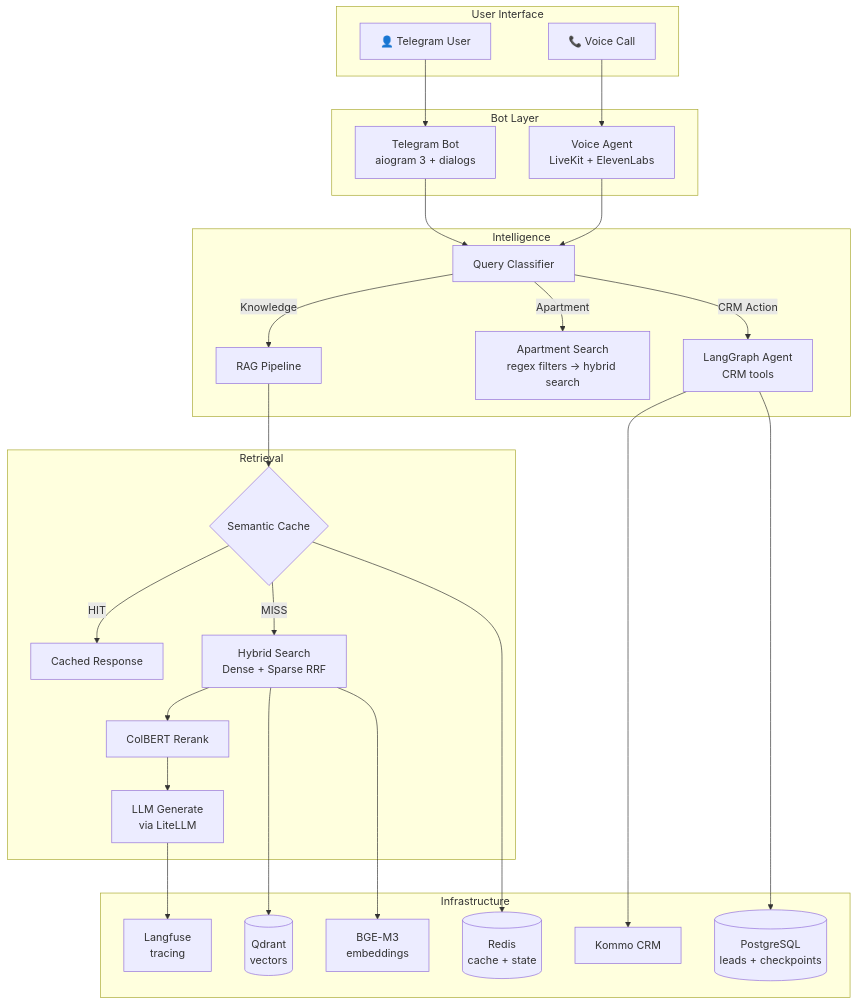
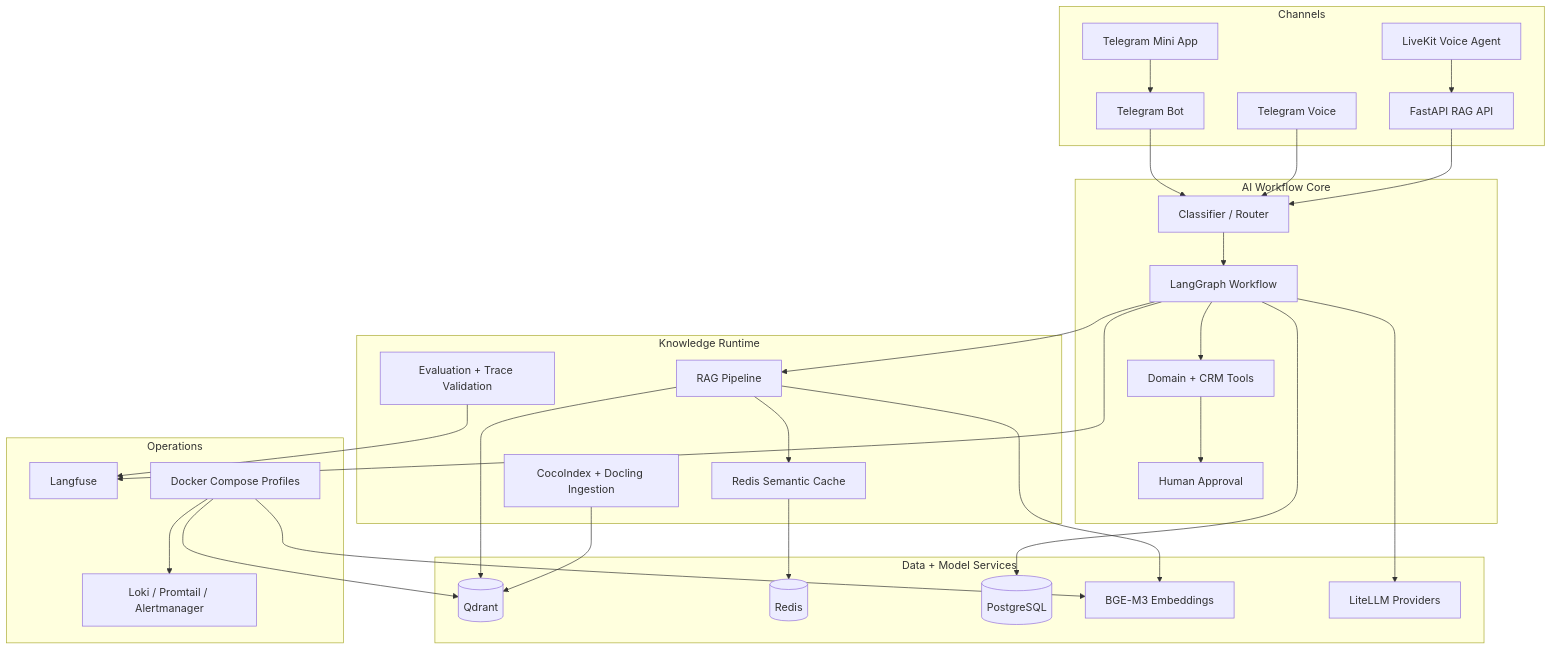
Before and after one commit to yastman/rag: the diagram in README.md, drawn with Mermaid. The commit also changed other lines of this file and 20 other files, not shown here.

````diff
--- a/README.md
+++ b/README.md
@@ -62,45 +75,59 @@
 ```mermaid
 graph TB
-    subgraph "User Interface"
-        U["👤 Telegram User"]
-        V["📞 Voice Call"]
+    subgraph "Channels"
+        TG["Telegram Bot"]
+        TV["Telegram Voice"]
+        MA["Telegram Mini App"]
+        VA["LiveKit Voice Agent"]
+        API["FastAPI RAG API"]
     end
 
-    subgraph "Bot Layer"
-        B["Telegram Bot<br/>aiogram 3 + dialogs"]
-        VA["Voice Agent<br/>LiveKit + ElevenLabs"]
+    subgraph "AI Workflow Core"
+        ROUTER["Classifier / Router"]
+        GRAPH["LangGraph Workflow"]
+        HITL["Human Approval"]
+        TOOLS["Domain + CRM Tools"]
     end
 
-    subgraph "Intelligence"
-        QC[Query Classifier]
-        QC -->|Knowledge| RAG[RAG Pipeline]
-        QC -->|Apartment| APT["Apartment Search<br/>regex filters → hybrid search"]
-        QC -->|CRM Action| AG["LangGraph Agent<br/>CRM tools"]
+    subgraph "Knowledge Runtime"
+        INGEST["CocoIndex + Docling Ingestion"]
+        RAG["RAG Pipeline"]
+        CACHE["Redis Semantic Cache"]
+        EVAL["Evaluation + Trace Validation"]
     end
 
-    subgraph "Retrieval"
-        RAG --> SC{Semantic Cache}
-        SC -->|HIT| RES[Cached Response]
-        SC -->|MISS| HS["Hybrid Search<br/>Dense + Sparse RRF"]
-        HS --> RR[ColBERT Rerank]
-        RR --> LLM["LLM Generate<br/>via LiteLLM"]
+    subgraph "Data + Model Services"
+        QD[("Qdrant")]
+        RD[("Redis")]
+        PG[("PostgreSQL")]
+        BGE["BGE-M3 Embeddings"]
+        LLM["LiteLLM Providers"]
     end
 
-    subgraph "Infrastructure"
-        QD[("Qdrant<br/>vectors")]
-        RD[("Redis<br/>cache + state")]
-        PG[("PostgreSQL<br/>leads + checkpoints")]
-        BGE["BGE-M3<br/>embeddings"]
-        LF["Langfuse<br/>tracing"]
-        CRM[Kommo CRM]
+    subgraph "Operations"
+        LF["Langfuse"]
+        MON["Loki / Promtail / Alertmanager"]
+        DOCKER["Docker Compose Profiles"]
     end
 
-    U --> B --> QC
-    V --> VA --> QC
-    HS --> QD
-    HS --> BGE
-    SC --> RD
-    AG --> CRM
-    AG --> PG
-    LLM --> LF
+    TG --> ROUTER
+    TV --> ROUTER
+    MA --> TG
+    VA --> API --> ROUTER
+    ROUTER --> GRAPH
+    GRAPH --> RAG
+    GRAPH --> TOOLS
+    TOOLS --> HITL
+    RAG --> CACHE
+    RAG --> QD
+    INGEST --> QD
+    CACHE --> RD
+    GRAPH --> PG
+    RAG --> BGE
+    GRAPH --> LLM
+    GRAPH --> LF
+    EVAL --> LF
+    DOCKER --> QD
+    DOCKER --> BGE
+    DOCKER --> MON
 ```
````
